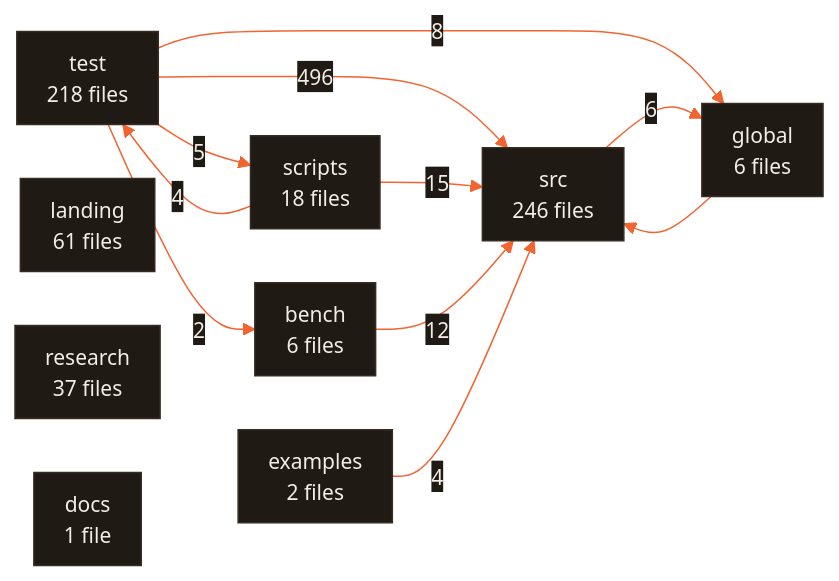
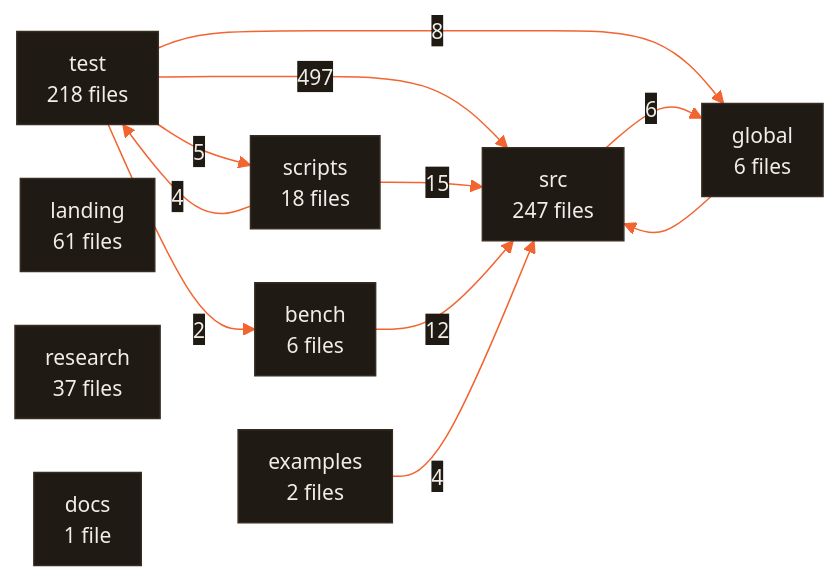
One commit to CodeWithJuber/forgekit changed the diagram in ARCHITECTURE.md. Above: the diagram before and after it, drawn with Mermaid. The commit also changed 15 other files, not shown here.

````diff
--- a/ARCHITECTURE.md
+++ b/ARCHITECTURE.md
@@ -678,23 +678,23 @@
 ```mermaid
 %%{init: {'theme':'base','themeVariables':{'primaryColor':'#201a15','primaryTextColor':'#f2ede7','primaryBorderColor':'#372c22','lineColor':'#f26430','secondaryColor':'#272019','tertiaryColor':'#171310','edgeLabelBackground':'#201a15','clusterBkg':'#171310','clusterBorder':'#4a3b2e','fontFamily':'ui-sans-serif, system-ui, sans-serif','fontSize':'14px'},'flowchart':{'curve':'basis','padding':10,'nodeSpacing':36,'rankSpacing':44}}}%%
 flowchart LR
-  src["src<br/>246 files"]
+  src["src<br/>247 files"]
   test["test<br/>218 files"]
   landing["landing<br/>61 files"]
   research["research<br/>37 files"]
   scripts["scripts<br/>18 files"]
   bench["bench<br/>6 files"]
   global["global<br/>6 files"]
   examples["examples<br/>2 files"]
   docs["docs<br/>1 file"]
-  test -- 496 --> src
+  test -- 497 --> src
   scripts -- 15 --> src
   bench -- 12 --> src
   test -- 8 --> global
   src -- 6 --> global
   test -- 5 --> scripts
   examples -- 4 --> src
   scripts -- 4 --> test
   test -- 2 --> bench
   global --> src
 ```
````
